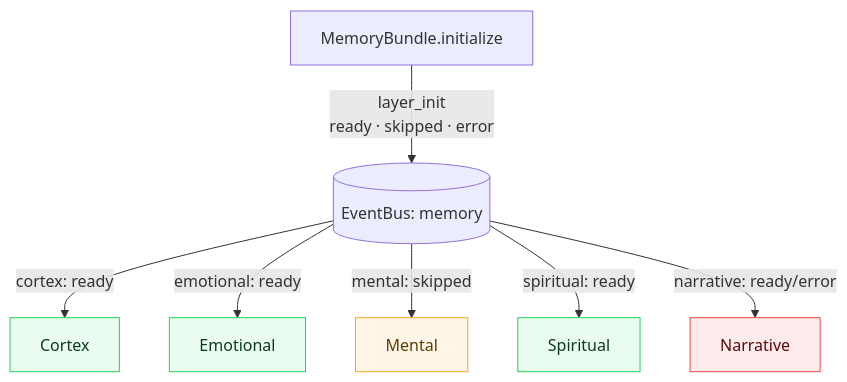
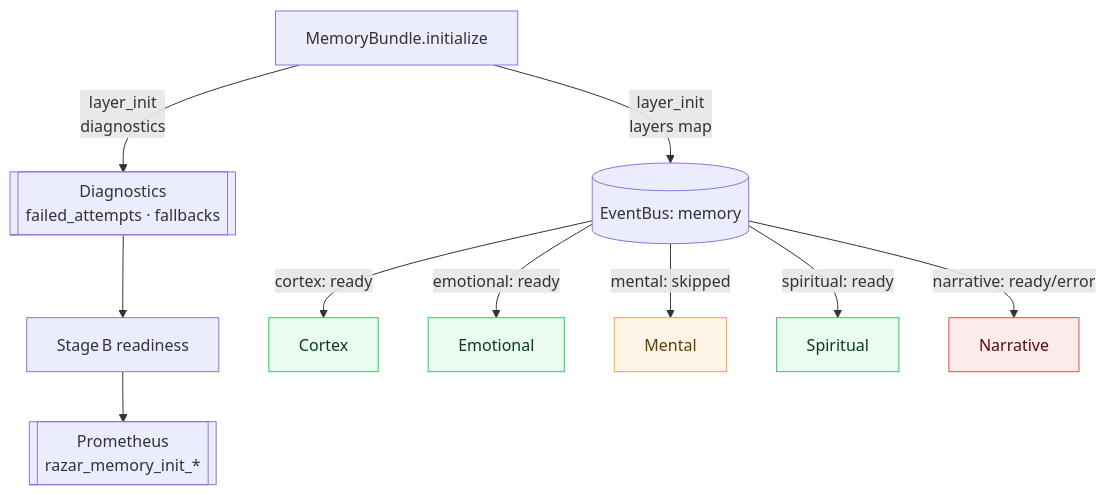
Before and after one commit to DINGIRABZU/ABZU: the diagram in docs/figures/layer_init_broadcast.mmd, drawn with Mermaid. The commit also changed 5 other files, not shown here.

Commit message:
Document memory bundle diagnostics telemetry

```diff
--- a/docs/figures/layer_init_broadcast.mmd
+++ b/docs/figures/layer_init_broadcast.mmd
@@ -1,16 +1,20 @@
 %% Layer initialization broadcast diagram
-%% Version: v1.1.0
-%% Last updated: 2025-10-07
+%% Version: v1.2.0
+%% Last updated: 2025-10-09
 graph TD
-    MB[MemoryBundle.initialize] -- layer_init<br/>ready · skipped · error --> EB[(EventBus: memory)]
+    MB[MemoryBundle.initialize]
+    MB -->|layer_init<br/>layers map| EB[(EventBus: memory)]
+    MB -->|layer_init<br/>diagnostics| Diagnostics[[Diagnostics<br/>failed_attempts · fallbacks]]
+    Diagnostics --> StageB[Stage B readiness]
+    StageB --> Gauges[[Prometheus<br/>razar_memory_init_*]]
     EB -->|cortex: ready| Cortex[Cortex]
     EB -->|emotional: ready| Emotional[Emotional]
     EB -->|mental: skipped| Mental[Mental]
     EB -->|spiritual: ready| Spiritual[Spiritual]
     EB -->|narrative: ready/error| Narrative[Narrative]
     classDef ready stroke:#24d05a,fill:#e9fcef,color:#0c3b1c;
     classDef skipped stroke:#f5a623,fill:#fff5e6,color:#5a3d07;
     classDef error stroke:#f04747,fill:#fdeaea,color:#5a0a0a;
     class Cortex,Emotional,Spiritual ready;
     class Mental skipped;
     class Narrative error;
```
